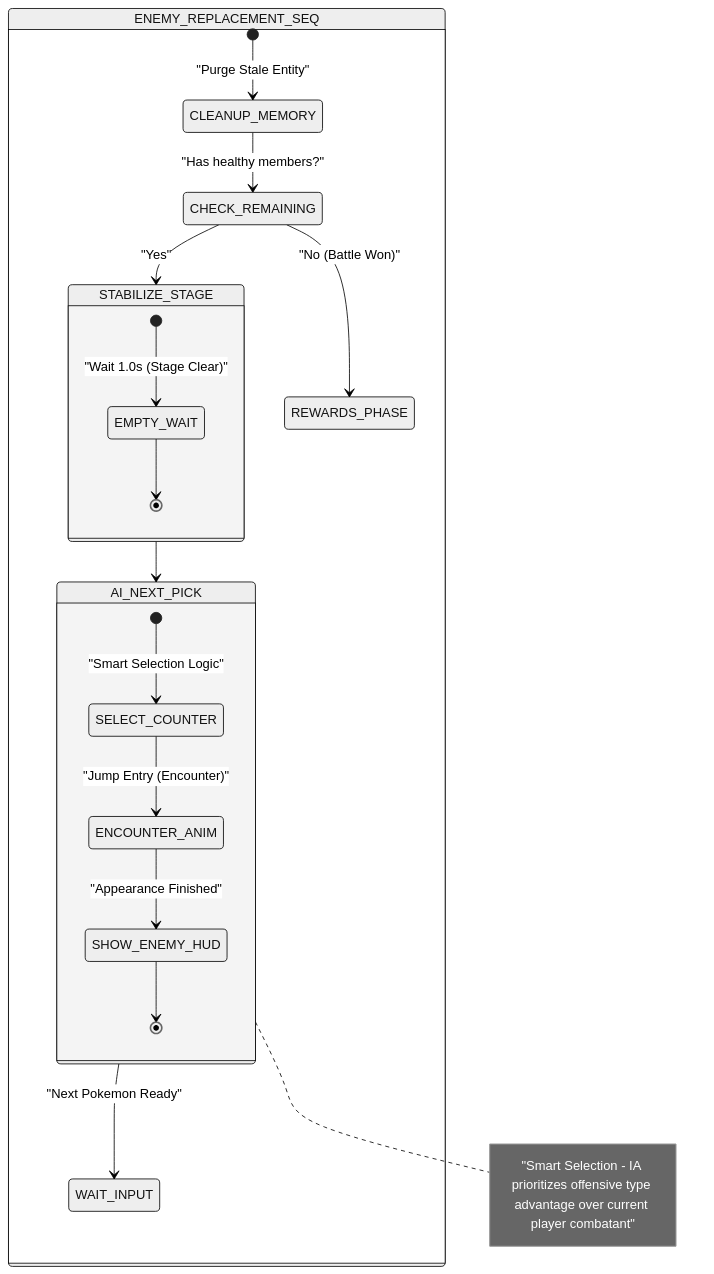
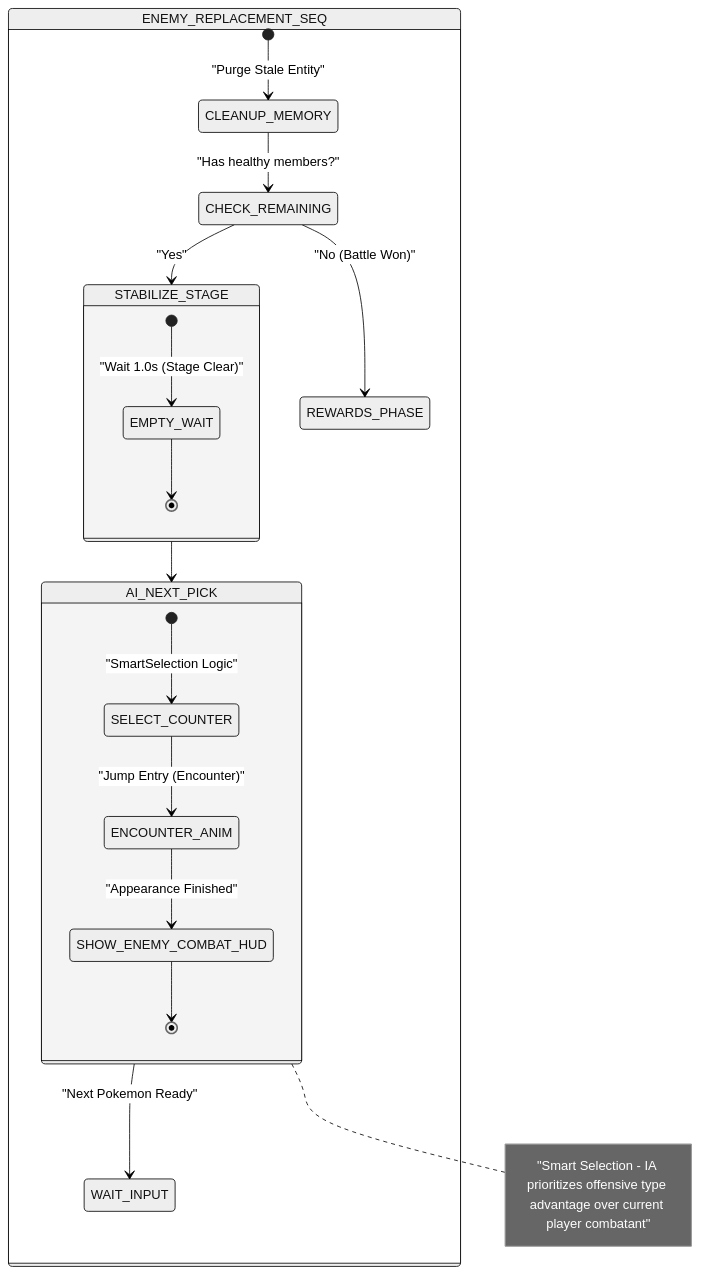
One commit to Darkham77/PokeBorrador changed the ninth of 18 diagrams in .agents/skills/project-standards/references/battle/battle_mechanics_manual.md. Above: the diagram before and after it, drawn with Mermaid (neutral theme). The commit also changed other lines of this file and 43 other files, not shown here.

````diff
--- a/.agents/skills/project-standards/references/battle/battle_mechanics_manual.md
+++ b/.agents/skills/project-standards/references/battle/battle_mechanics_manual.md
@@ -524,29 +560,29 @@
 ```mermaid
 stateDiagram-v2
     state ENEMY_REPLACEMENT_SEQ {
         [*] --> CLEANUP_MEMORY: "Purge Stale Entity"
         CLEANUP_MEMORY --> CHECK_REMAINING: "Has healthy members?"
         
         state CHECK_REMAINING <<choice>>
         CHECK_REMAINING --> STABILIZE_STAGE: "Yes"
         CHECK_REMAINING --> REWARDS_PHASE: "No (Battle Won)"
         
         state STABILIZE_STAGE {
             [*] --> EMPTY_WAIT: "Wait 1.0s (Stage Clear)"
             EMPTY_WAIT --> [*]
         }
         
         STABILIZE_STAGE --> AI_NEXT_PICK
         
         state AI_NEXT_PICK {
-            [*] --> SELECT_COUNTER: "Smart Selection Logic"
+            [*] --> SELECT_COUNTER: "SmartSelection Logic"
             SELECT_COUNTER --> ENCOUNTER_ANIM: "Jump Entry (Encounter)"
-            ENCOUNTER_ANIM --> SHOW_ENEMY_HUD: "Appearance Finished"
-            SHOW_ENEMY_HUD --> [*]
+            ENCOUNTER_ANIM --> SHOW_ENEMY_COMBAT_HUD: "Appearance Finished"
+            SHOW_ENEMY_COMBAT_HUD --> [*]
         }
         
         AI_NEXT_PICK --> WAIT_INPUT: "Next Pokemon Ready"
     }
     
     note right of AI_NEXT_PICK : "Smart Selection - IA prioritizes offensive type advantage over current player combatant"
 ```
````
